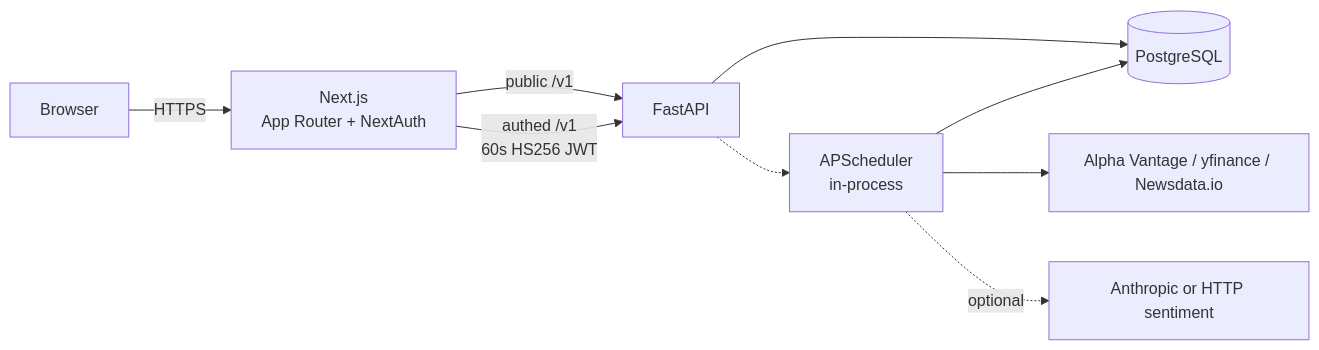
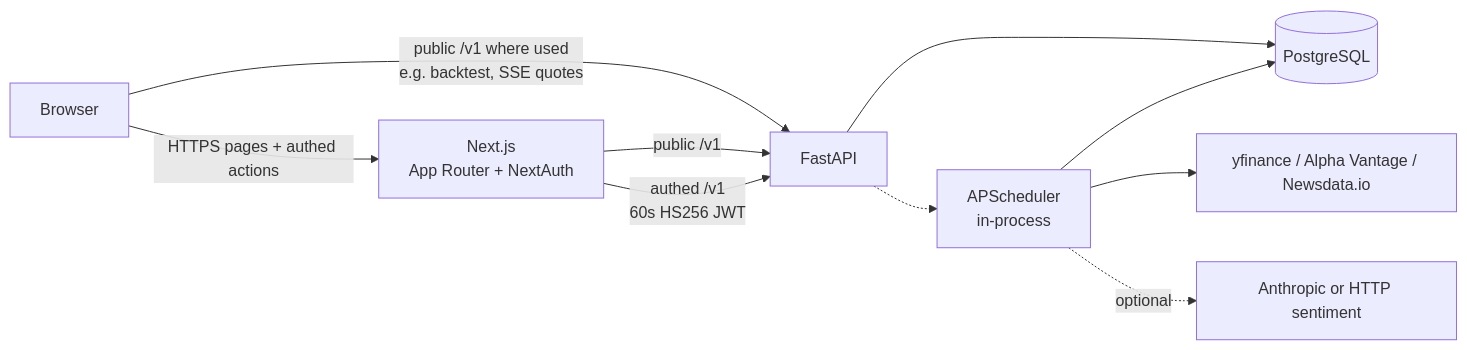
Before and after one commit to itsmanudon/stock-viz-simulator: the diagram in README.md, drawn with Mermaid. The commit also changed other lines of this file and 5 other files, not shown here.

````diff
--- a/README.md
+++ b/README.md
@@ -43,11 +43,12 @@
 ```mermaid
 flowchart LR
-  Browser -->|"HTTPS"| Web["Next.js<br/>App Router + NextAuth"]
-  Web -->|"public /v1"| API["FastAPI"]
+  Browser -->|"HTTPS pages + authed actions"| Web["Next.js<br/>App Router + NextAuth"]
+  Browser -->|"public /v1 where used<br/>e.g. backtest, SSE quotes"| API["FastAPI"]
+  Web -->|"public /v1"| API
   Web -->|"authed /v1<br/>60s HS256 JWT"| API
   API --> PG[("PostgreSQL")]
   API -.-> Sch["APScheduler<br/>in-process"]
   Sch --> PG
-  Sch --> Ext["Alpha Vantage / yfinance / Newsdata.io"]
+  Sch --> Ext["yfinance / Alpha Vantage / Newsdata.io"]
   Sch -.->|"optional"| Sent["Anthropic or HTTP sentiment"]
 ```
````
